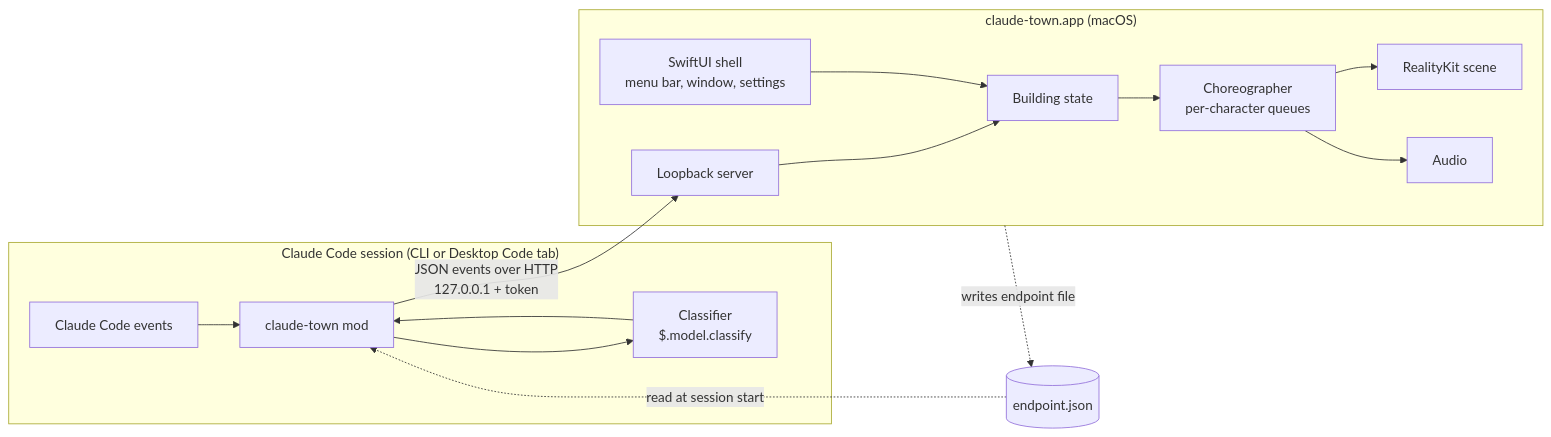
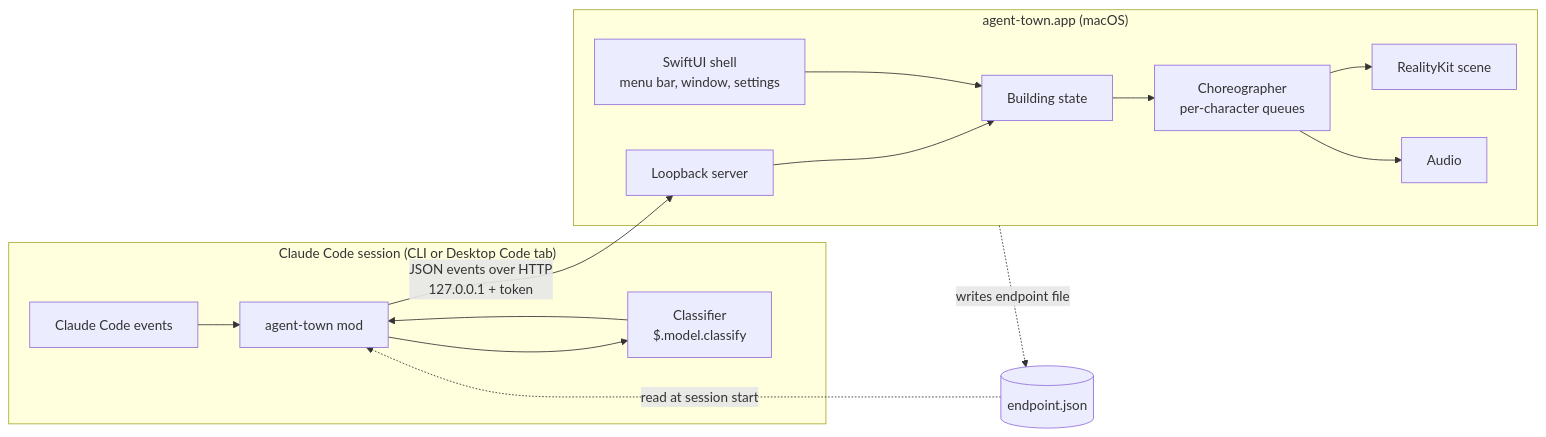
Before and after one commit to samsonchen/agent-town: the diagram in docs/architecture.md, drawn with Mermaid. The commit also changed other lines of this file and 19 other files, not shown here.

First line of the commit message:
Rename the project to agent-town; root README introduction

````diff
--- a/docs/architecture.md
+++ b/docs/architecture.md
@@ -5,18 +5,18 @@
 ```mermaid
 flowchart LR
   subgraph CC["Claude Code session (CLI or Desktop Code tab)"]
-    E[Claude Code events] --> M[claude-town mod]
+    E[Claude Code events] --> M[agent-town mod]
     M --> C[Classifier<br/>$.model.classify]
     C --> M
   end
   M -- "JSON events over HTTP<br/>127.0.0.1 + token" --> S
-  subgraph APP["claude-town.app (macOS)"]
+  subgraph APP["agent-town.app (macOS)"]
     S[Loopback server] --> ST[Building state]
     ST --> CH[Choreographer<br/>per-character queues]
     CH --> SC[RealityKit scene]
     CH --> AU[Audio]
     UI[SwiftUI shell<br/>menu bar, window, settings] --> ST
   end
   APP -. "writes endpoint file" .-> F[(endpoint.json)]
   F -. "read at session start" .-> M
 ```
````
